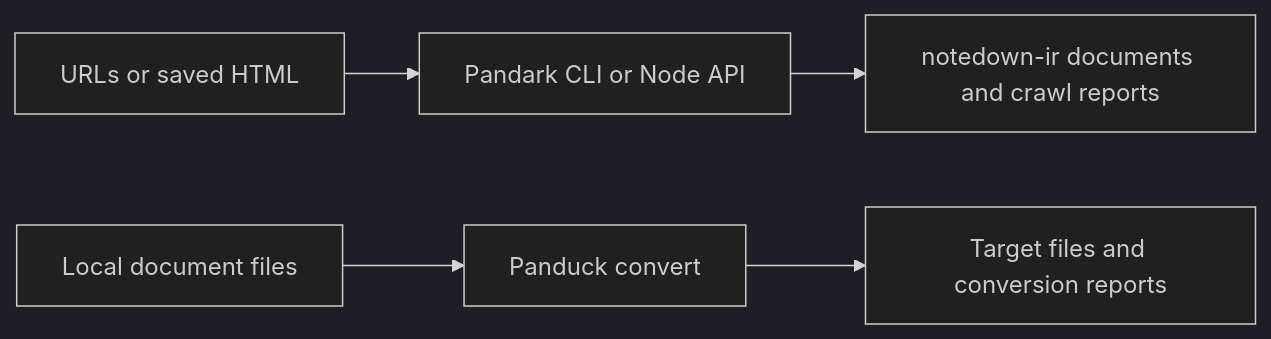
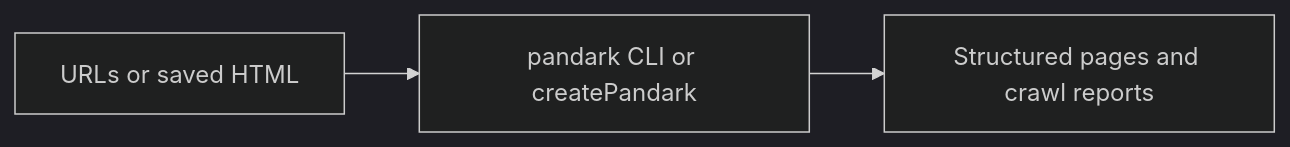
One commit to notedge/pandark changed the diagram in readme.md. Above: the diagram before and after it, drawn with Mermaid (dark theme). The commit also changed other lines of this file and 1 other file, not shown here.

First line of the commit message:
📝 Rewrite root and `@notedge/pandark` readme for `createPandark()` positioning

````diff
--- a/readme.md
+++ b/readme.md
@@ -87,7 +77,5 @@
 ```mermaid
 flowchart LR
-    pages[URLs or saved HTML] --> pandark[Pandark CLI or Node API]
-    pandark --> docs[notedown-ir documents and crawl reports]
-    files[Local document files] --> panduck[Panduck convert]
-    panduck --> converted[Target files and conversion reports]
+    pages[URLs or saved HTML] --> pandark[pandark CLI or createPandark]
+    pandark --> out[Structured pages and crawl reports]
 ```
````
